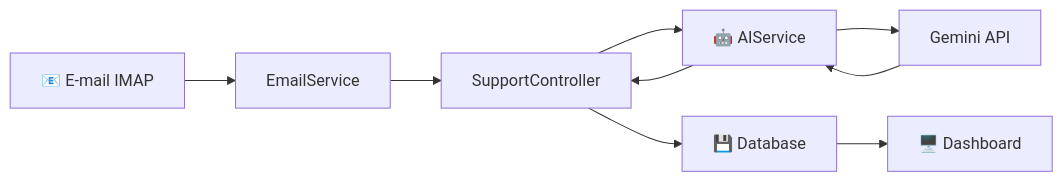
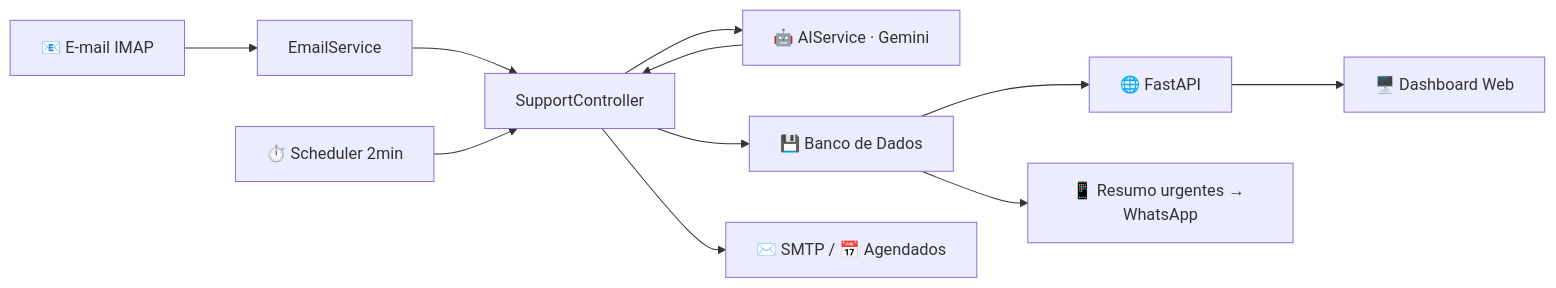
One commit to wesley-santos-python/supportflow-ai changed the diagram in README.md. Above: the diagram before and after it, drawn with Mermaid. The commit also changed other lines of this file and 40 other files, not shown here.

First line of the commit message:
feat: transforma SupportFlow AI em SaaS web (FastAPI)

````diff
--- a/README.md
+++ b/README.md
@@ -171,11 +167,13 @@
 ```mermaid
 flowchart LR
     A[📧 E-mail IMAP] --> B[EmailService]
     B --> C[SupportController]
-    C --> D[🤖 AIService]
-    D --> E[Gemini API]
-    E --> D
+    C --> D[🤖 AIService · Gemini]
     D --> C
-    C --> F[💾 Database]
-    F --> G[🖥️ Dashboard]
+    C --> E[💾 Banco de Dados]
+    E --> F[🌐 FastAPI]
+    F --> G[🖥️ Dashboard Web]
+    H[⏱️ Scheduler 2min] --> C
+    C --> I[✉️ SMTP / 📅 Agendados]
+    E --> J[📱 Resumo urgentes → WhatsApp]
 ```
````
